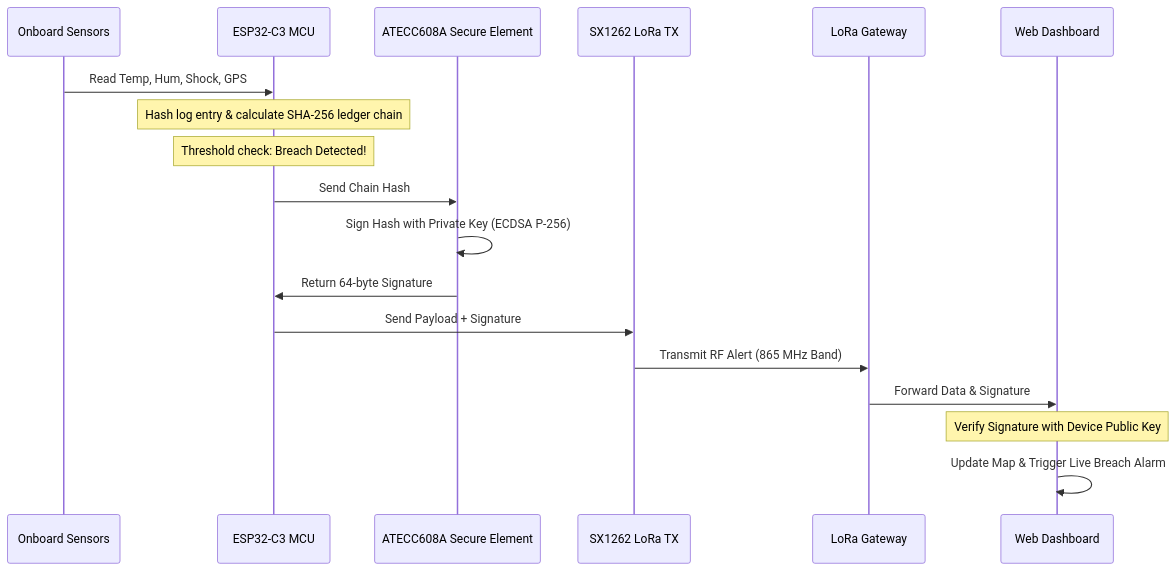
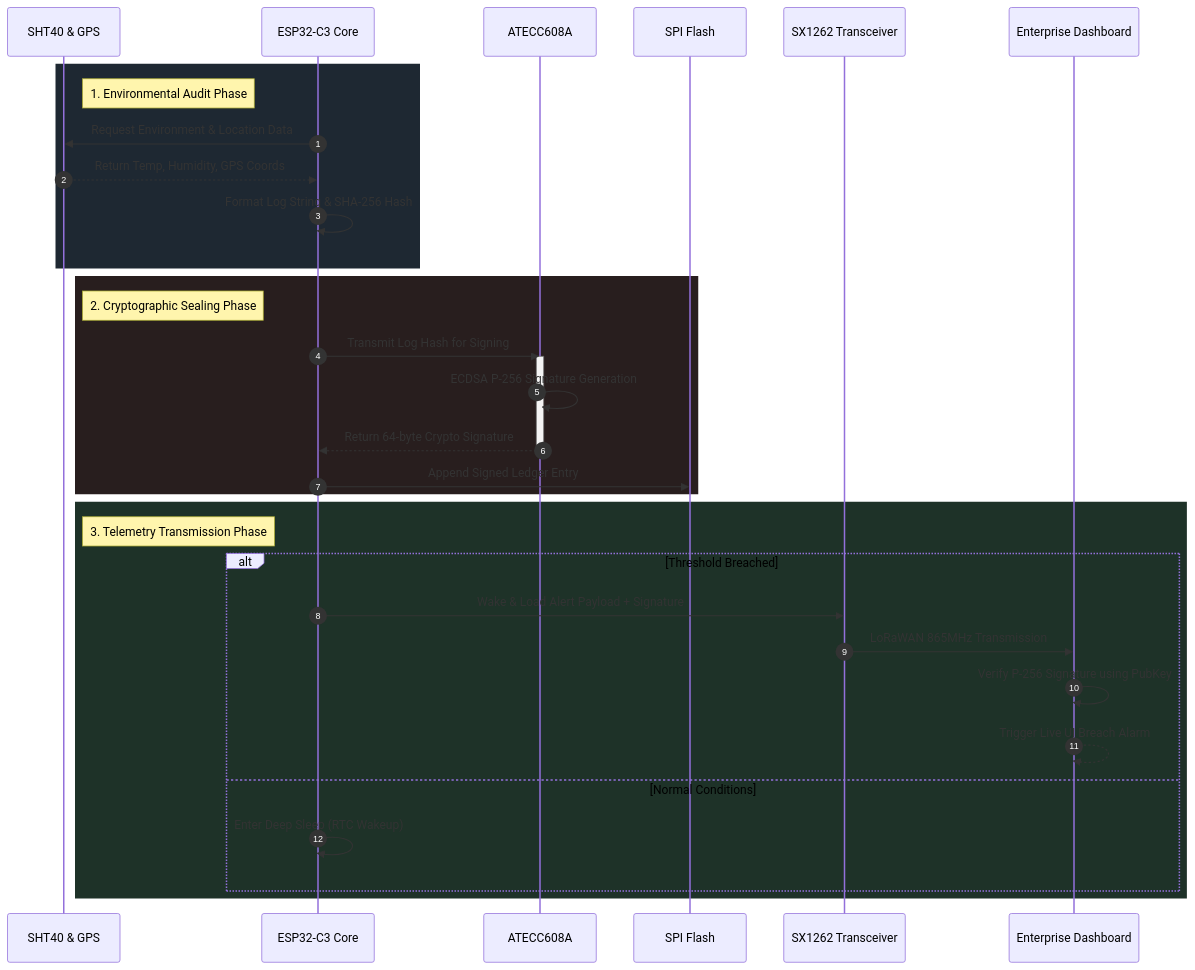
One commit to hydra-eng/cargopulse-v2 changed the third of 3 diagrams in README.md. Above: the diagram before and after it, drawn with Mermaid. The commit also changed other lines of this file and 7 other files, not shown here.

Commit message:
Enhance docs: Upgrade Mermaid diagram flow and add ultra-realistic hardware assets

````diff
--- a/README.md
+++ b/README.md
@@ -157,21 +206,39 @@
 ```mermaid
 sequenceDiagram
-    participant Sensors as Onboard Sensors
-    participant MCU as ESP32-C3 MCU
-    participant Crypto as ATECC608A Secure Element
-    participant LoRa as SX1262 LoRa TX
-    participant GW as LoRa Gateway
-    participant Dash as Web Dashboard
+    autonumber
+    participant Sensor as SHT40 & GPS
+    participant MCU as ESP32-C3 Core
+    participant Crypto as ATECC608A
+    participant Storage as SPI Flash
+    participant LoRa as SX1262 Transceiver
+    participant Dash as Enterprise Dashboard
 
-    Sensors->>MCU: Read Temp, Hum, Shock, GPS
-    Note over MCU: Hash log entry & calculate SHA-256 ledger chain
-    Note over MCU: Threshold check: Breach Detected!
-    MCU->>Crypto: Send Chain Hash
-    Crypto->>Crypto: Sign Hash with Private Key (ECDSA P-256)
-    Crypto->>MCU: Return 64-byte Signature
-    MCU->>LoRa: Send Payload + Signature
-    LoRa->>GW: Transmit RF Alert (865 MHz Band)
-    GW->>Dash: Forward Data & Signature
-    Note over Dash: Verify Signature with Device Public Key
-    Dash->>Dash: Update Map & Trigger Live Breach Alarm
+    rect rgb(30, 40, 50)
+        Note right of Sensor: 1. Environmental Audit Phase
+        MCU->>Sensor: Request Environment & Location Data
+        Sensor-->>MCU: Return Temp, Humidity, GPS Coords
+        MCU->>MCU: Format Log String & SHA-256 Hash
+    end
+
+    rect rgb(40, 30, 30)
+        Note right of Sensor: 2. Cryptographic Sealing Phase
+        MCU->>Crypto: Transmit Log Hash for Signing
+        activate Crypto
+        Crypto->>Crypto: ECDSA P-256 Signature Generation
+        Crypto-->>MCU: Return 64-byte Crypto Signature
+        deactivate Crypto
+        MCU->>Storage: Append Signed Ledger Entry
+    end
+
+    rect rgb(30, 50, 40)
+        Note right of Sensor: 3. Telemetry Transmission Phase
+        alt Threshold Breached
+            MCU->>LoRa: Wake & Load Alert Payload + Signature
+            LoRa->>Dash: LoRaWAN 865MHz Transmission
+            Dash->>Dash: Verify P-256 Signature using PubKey
+            Dash-->>Dash: Trigger Live UI Breach Alarm
+        else Normal Conditions
+            MCU->>MCU: Enter Deep Sleep (RTC Wakeup)
+        end
+    end
 ```
````
